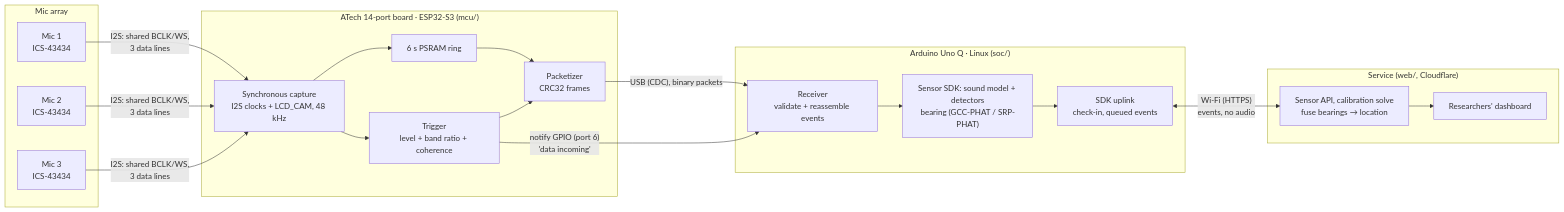
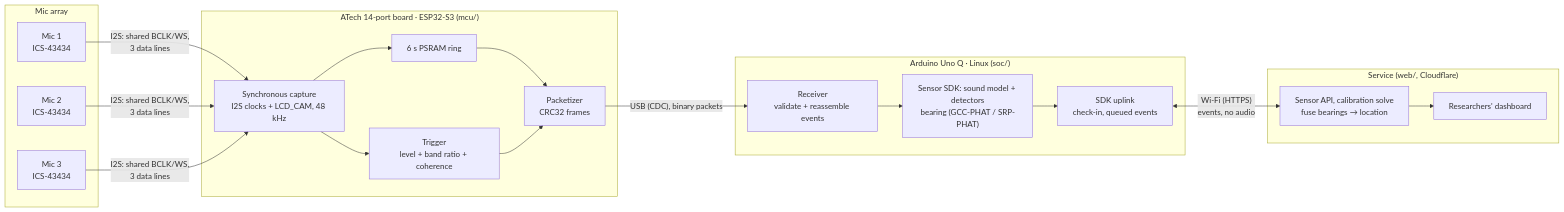
One commit to yudjinn/forest-pulse changed the diagram in README.md. Above: the diagram before and after it, drawn with Mermaid. The commit also changed other lines of this file and 18 other files, not shown here.

````diff
--- a/README.md
+++ b/README.md
@@ -12,35 +12,34 @@
 ```mermaid
 flowchart LR
     subgraph array["Mic array"]
         m1["Mic 1<br/>ICS-43434"]
         m2["Mic 2<br/>ICS-43434"]
         m3["Mic 3<br/>ICS-43434"]
     end
 
     subgraph mcu["ATech 14-port board · ESP32-S3 (mcu/)"]
         cap["Synchronous capture<br/>I2S clocks + LCD_CAM, 48 kHz"]
         ring["6 s PSRAM ring"]
         trig["Trigger<br/>level + band ratio + coherence"]
         pkt["Packetizer<br/>CRC32 frames"]
         cap --> ring --> pkt
         cap --> trig --> pkt
     end
 
     subgraph soc["Arduino Uno Q · Linux (soc/)"]
         rx["Receiver<br/>validate + reassemble events"]
         proc["Sensor SDK: sound model + detectors<br/>bearing (GCC-PHAT / SRP-PHAT)"]
         up["SDK uplink<br/>check-in, queued events"]
         rx --> proc --> up
     end
 
     subgraph server["Service (web/, Cloudflare)"]
         ana["Sensor API, calibration solve<br/>fuse bearings → location"]
         viz["Researchers' dashboard"]
         ana --> viz
     end
 
     m1 & m2 & m3 -- "I2S: shared BCLK/WS,<br/>3 data lines" --> cap
     pkt -- "USB (CDC), binary packets" --> rx
-    trig -- "notify GPIO (port 6)<br/>'data incoming'" --> rx
     up <-- "Wi-Fi (HTTPS)<br/>events, no audio" --> ana
 ```
````
